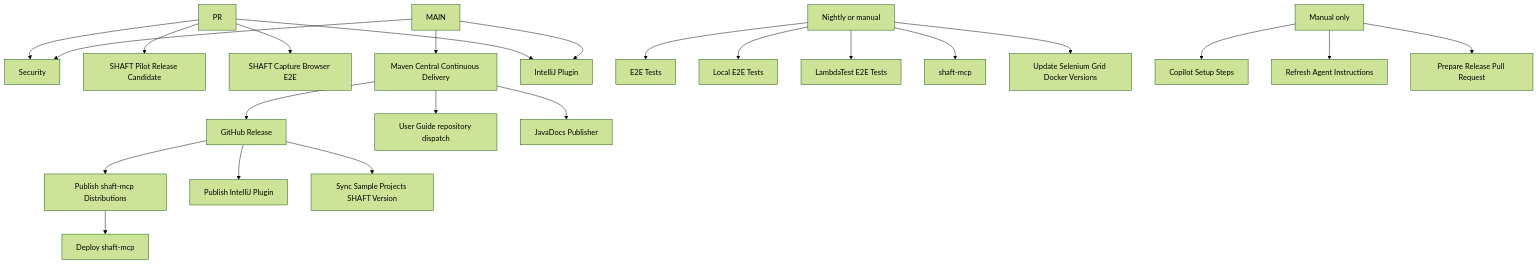
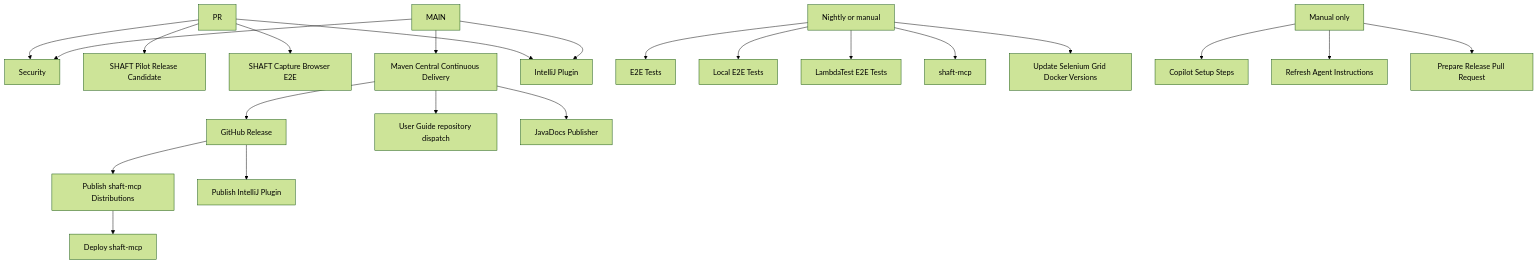
One commit to ShaftHQ/SHAFT_ENGINE changed the diagram in .github/workflows/README.md. Above: the diagram before and after it, drawn with Mermaid (forest theme). The commit also changed other lines of this file and 6 other files, not shown here.

````diff
--- a/.github/workflows/README.md
+++ b/.github/workflows/README.md
@@ -8,29 +8,28 @@
 ```mermaid
 flowchart TD
   PR --> SEC["Security"]
   PR --> PILOT["SHAFT Pilot Release Candidate"]
   PR --> CAPTURE_E2E["SHAFT Capture Browser E2E"]
 
   MAIN --> SEC
   MAIN --> CD["Maven Central Continuous Delivery"]
   PR --> IDEA["IntelliJ Plugin"]
   MAIN --> IDEA
 
   CD --> REL["GitHub Release"]
   CD --> DOCS["User Guide repository dispatch"]
   CD --> JAVADOCS["JavaDocs Publisher"]
   REL --> MCP_PUBLISH["Publish shaft-mcp Distributions"]
   REL --> IDEA_PUBLISH["Publish IntelliJ Plugin"]
   MCP_PUBLISH --> MCP_DEPLOY["Deploy shaft-mcp"]
-  REL --> SAMPLES["Sync Sample Projects SHAFT Version"]
 
   NIGHTLY["Nightly or manual"] --> E2E["E2E Tests"]
   NIGHTLY --> LOCAL_E2E["Local E2E Tests"]
   NIGHTLY --> LT["LambdaTest E2E Tests"]
   NIGHTLY --> MCP_TEST["shaft-mcp"]
   NIGHTLY --> GRID["Update Selenium Grid Docker Versions"]
 
   MANUAL["Manual only"] --> COPILOT["Copilot Setup Steps"]
   MANUAL --> AGENTS["Refresh Agent Instructions"]
   MANUAL --> RELEASE_PR["Prepare Release Pull Request"]
 ```
````
